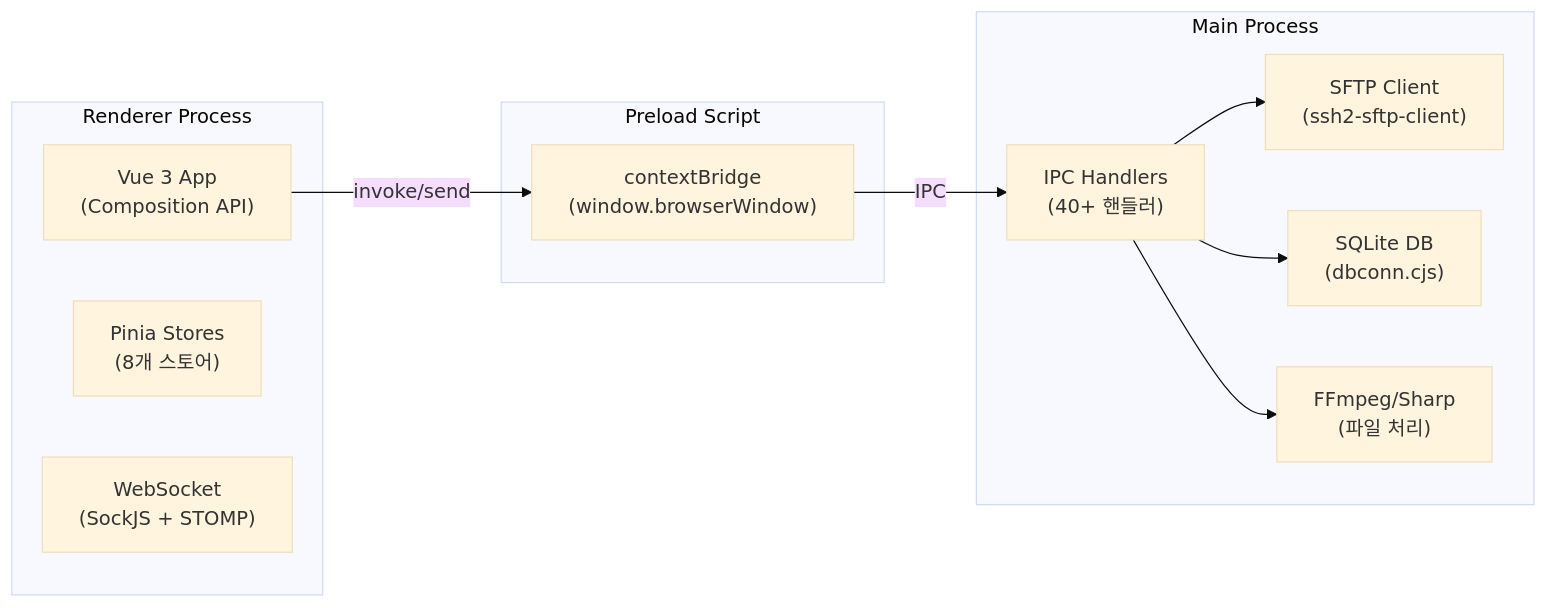
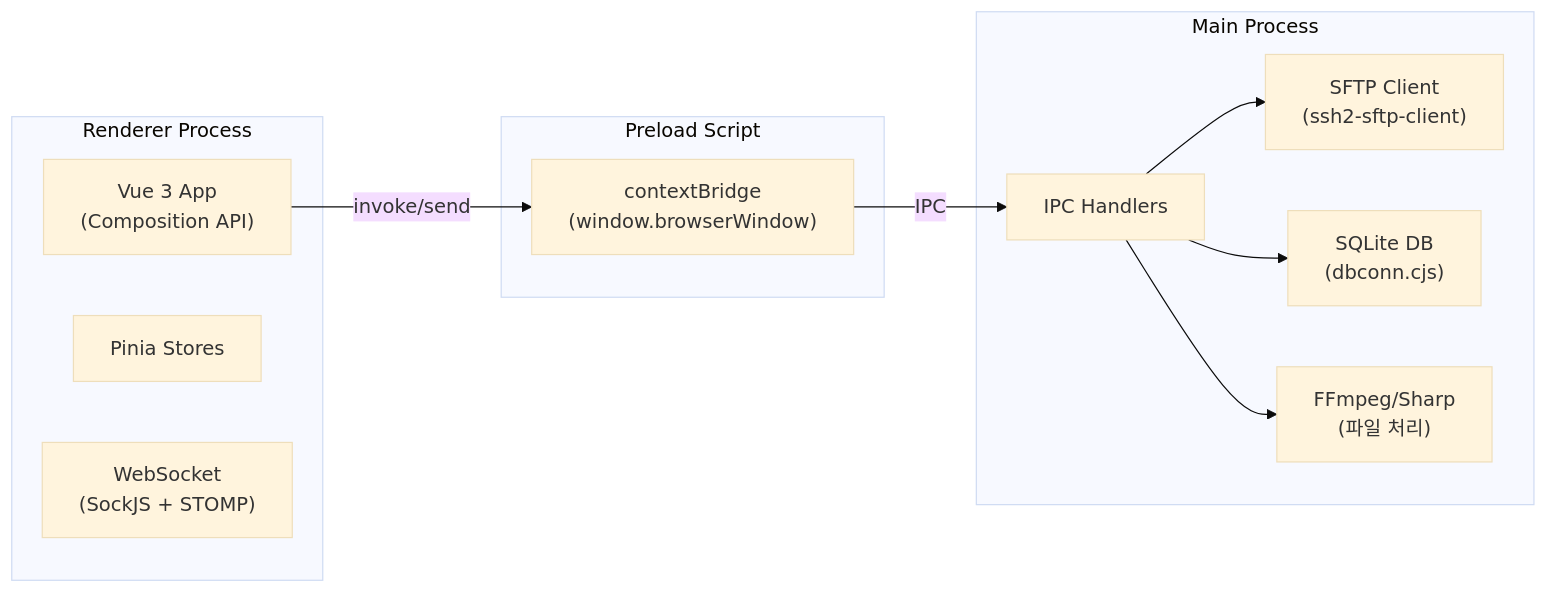
The first of 2 diagrams in content/projects/heidi/frontend.md (eatdu0918/portfolio), drawn with Mermaid (base theme) before and after one commit. The commit also changed other lines of this file and 2 other files, not shown here.

````diff
--- a/content/projects/heidi/frontend.md
+++ b/content/projects/heidi/frontend.md
@@ -25,25 +29,25 @@
 ```mermaid
 graph LR
     subgraph electronMain [Main Process]
-        IPC["IPC Handlers\n(40+ 핸들러)"]
+        IPC["IPC Handlers"]
         SFTP["SFTP Client\n(ssh2-sftp-client)"]
         SQLite["SQLite DB\n(dbconn.cjs)"]
         FFmpeg["FFmpeg/Sharp\n(파일 처리)"]
     end
     
     subgraph renderer [Renderer Process]
         Vue["Vue 3 App\n(Composition API)"]
-        Pinia["Pinia Stores\n(8개 스토어)"]
+        Pinia["Pinia Stores"]
         WS["WebSocket\n(SockJS + STOMP)"]
     end
     
     subgraph preload [Preload Script]
         Bridge["contextBridge\n(window.browserWindow)"]
     end
     
     Vue -->|"invoke/send"| Bridge
     Bridge -->|"IPC"| IPC
     IPC --> SFTP
     IPC --> SQLite
     IPC --> FFmpeg
 ```
````
